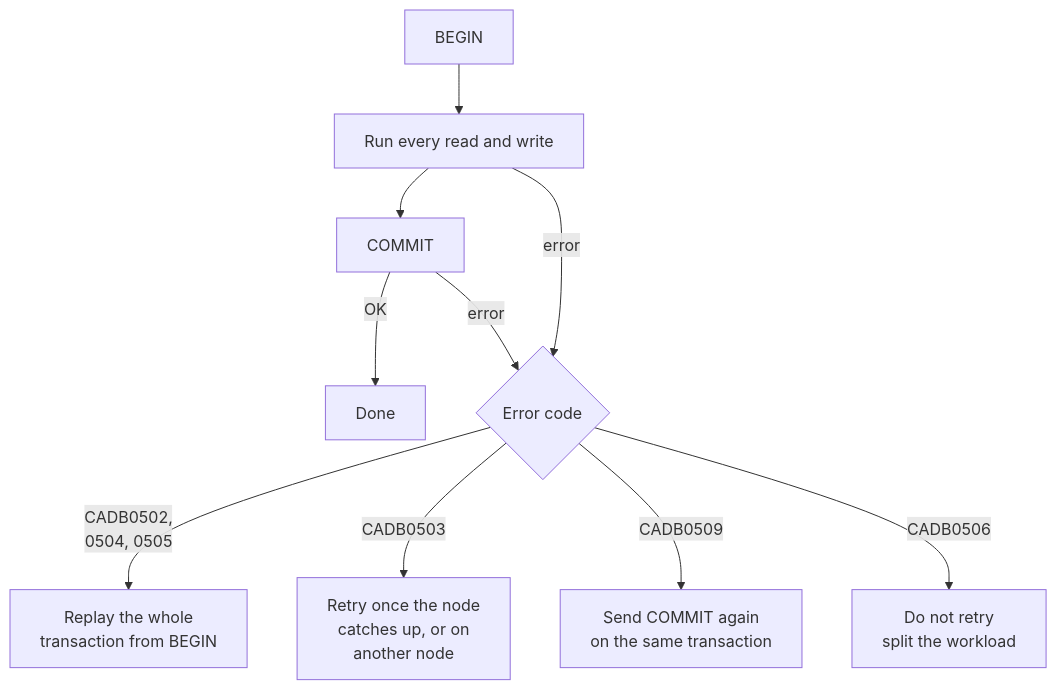
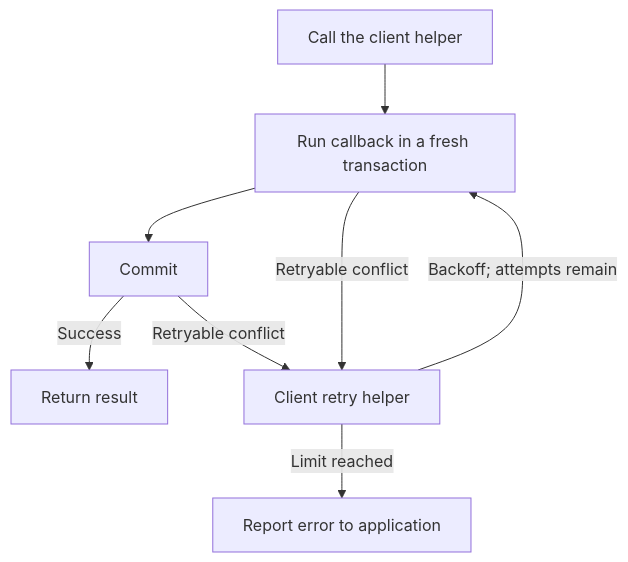
Before and after one commit to camusdb/camusdb.github.io: the diagram in docs/serializable-retries.md, drawn with Mermaid. The commit also changed other lines of this file and 62 other files, not shown here.

````diff
--- a/docs/serializable-retries.md
+++ b/docs/serializable-retries.md
@@ -55,12 +133,10 @@
 ```mermaid
 flowchart TD
-    B[BEGIN] --> W[Run every read and write]
-    W --> C[COMMIT]
-    C -->|OK| D[Done]
-    W -->|error| E{Error code}
-    C -->|error| E
-    E -->|"CADB0502,<br/>0504, 0505"| RB["Replay the whole<br/>transaction from BEGIN"]
-    E -->|CADB0503| RL["Retry once the node<br/>catches up, or on<br/>another node"]
-    E -->|CADB0509| RC["Send COMMIT again<br/>on the same transaction"]
-    E -->|CADB0506| S["Do not retry<br/>split the workload"]
+    A["Call the client helper"] --> B["Run callback in a fresh transaction"]
+    B --> C["Commit"]
+    C -->|Success| D["Return result"]
+    B -->|Retryable conflict| E["Client retry helper"]
+    C -->|Retryable conflict| E
+    E -->|"Backoff; attempts remain"| B
+    E -->|Limit reached| F["Report error to application"]
 ```
````
